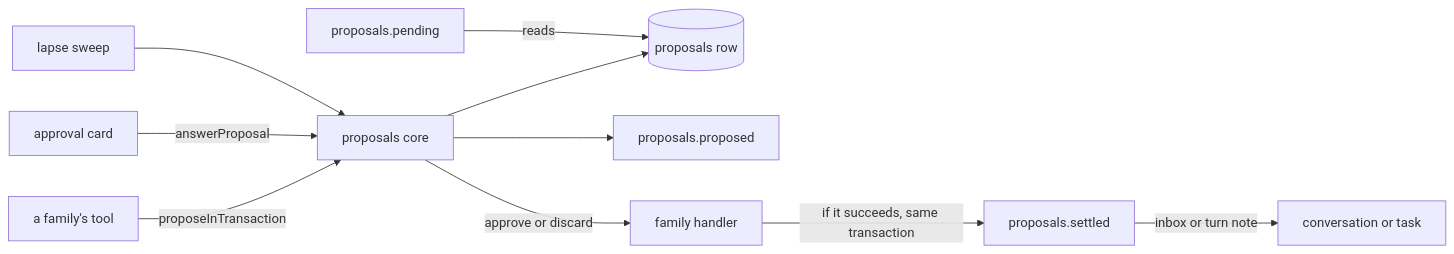
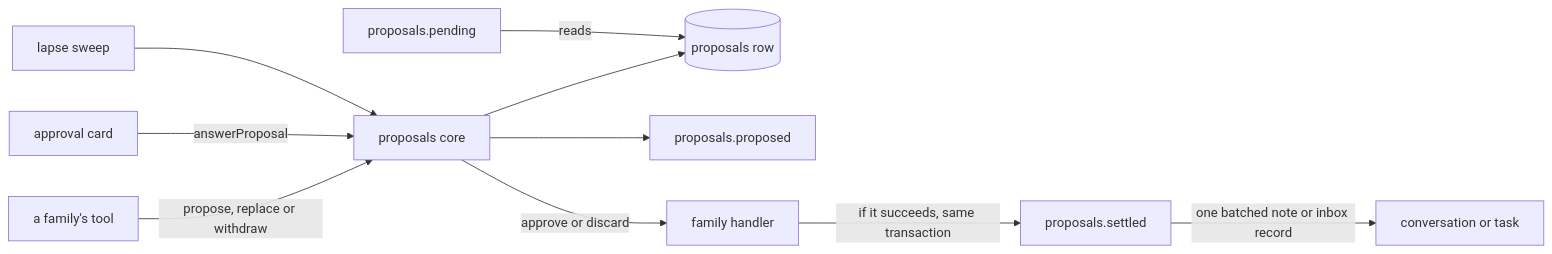
The diagram in docs/design/queue/proposals.md (zgeoff/nixie), drawn with Mermaid before and after one commit. The commit also changed other lines of this file, not shown here.

Commit message:
docs(design): apply the walkthrough rulings to proposals

````diff
--- a/docs/design/queue/proposals.md
+++ b/docs/design/queue/proposals.md
@@ -18,12 +20,12 @@
 ```mermaid
 flowchart LR
-  tool[a family's tool] -->|"proposeInTransaction"| core[proposals core]
+  tool[a family's tool] -->|"propose, replace or withdraw"| core[proposals core]
   core --> row[(proposals row)]
   core --> rec1[proposals.proposed]
   card[approval card] -->|"answerProposal"| core
   sweep[lapse sweep] --> core
   core -->|"approve or discard"| handler[family handler]
   handler -->|"if it succeeds, same transaction"| rec2[proposals.settled]
-  rec2 -->|"inbox or turn note"| proposer[conversation or task]
+  rec2 -->|"one batched note or inbox record"| proposer[conversation or task]
   pending[proposals.pending] -->|"reads"| row
 ```
````
